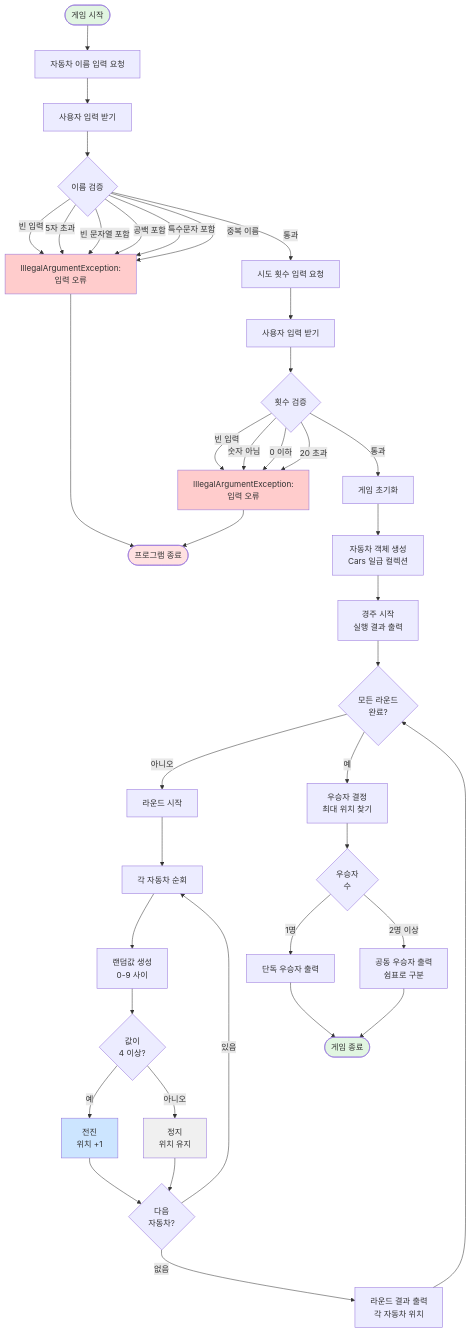
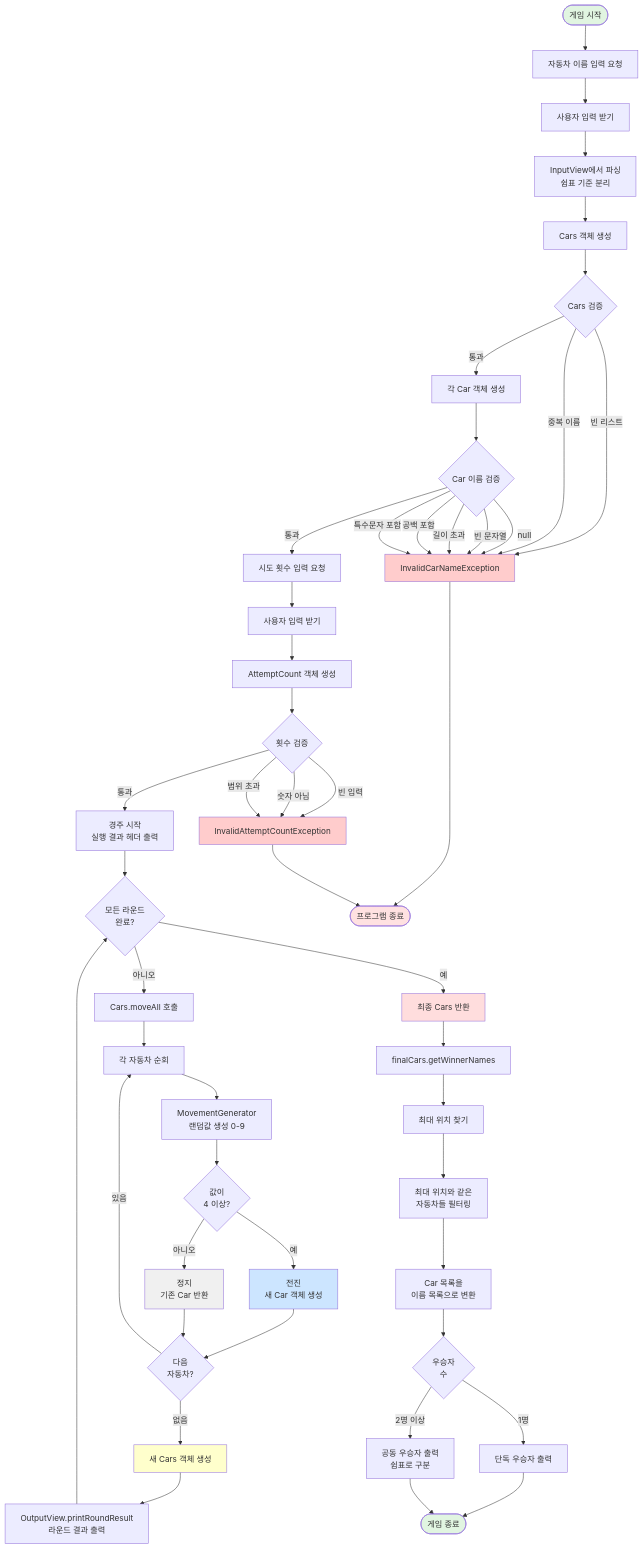
One commit to luminox93/java-racingcar-8 changed the first of 5 diagrams in README.md. Above: the diagram before and after it, drawn with Mermaid. The commit also changed other lines of this file, not shown here.

````diff
--- a/README.md
+++ b/README.md
@@ -128,63 +159,73 @@
 ```mermaid
 flowchart TD
     Start([게임 시작]) --> Input1[자동차 이름 입력 요청]
     Input1 --> GetNames[사용자 입력 받기]
-    GetNames --> ValidateNames{이름 검증}
+    GetNames --> Parse[InputView에서 파싱<br/>쉼표 기준 분리]
+    Parse --> CreateCars[Cars 객체 생성]
 
-    ValidateNames -->|빈 입력| Error1[IllegalArgumentException:<br/>입력 오류]
-    ValidateNames -->|5자 초과| Error1
-    ValidateNames -->|빈 문자열 포함| Error1
-    ValidateNames -->|공백 포함| Error1
-    ValidateNames -->|특수문자 포함| Error1
-    ValidateNames -->|중복 이름| Error1
-    ValidateNames -->|통과| Input2[시도 횟수 입력 요청]
+    CreateCars --> ValidateCars{Cars 검증}
+    ValidateCars -->|빈 리스트| Error1[InvalidCarNameException]
+    ValidateCars -->|중복 이름| Error1
+    ValidateCars -->|통과| CreateEachCar[각 Car 객체 생성]
+
+    CreateEachCar --> ValidateCar{Car 이름 검증}
+    ValidateCar -->|null| Error1
+    ValidateCar -->|빈 문자열| Error1
+    ValidateCar -->|길이 초과| Error1
+    ValidateCar -->|공백 포함| Error1
+    ValidateCar -->|특수문자 포함| Error1
+    ValidateCar -->|통과| Input2[시도 횟수 입력 요청]
 
     Input2 --> GetAttempts[사용자 입력 받기]
-    GetAttempts --> ValidateAttempts{횟수 검증}
+    GetAttempts --> CreateAttemptCount[AttemptCount 객체 생성]
 
-    ValidateAttempts -->|빈 입력| Error2[IllegalArgumentException:<br/>입력 오류]
+    CreateAttemptCount --> ValidateAttempts{횟수 검증}
+    ValidateAttempts -->|빈 입력| Error2[InvalidAttemptCountException]
     ValidateAttempts -->|숫자 아님| Error2
-    ValidateAttempts -->|0 이하| Error2
-    ValidateAttempts -->|20 초과| Error2
-    ValidateAttempts -->|통과| Init[게임 초기화]
-
-    Init --> CreateCars[자동차 객체 생성<br/>Cars 일급 컬렉션]
-    CreateCars --> RaceStart[경주 시작<br/>실행 결과 출력]
+    ValidateAttempts -->|범위 초과| Error2
+    ValidateAttempts -->|통과| RaceStart[경주 시작<br/>실행 결과 헤더 출력]
 
     RaceStart --> RoundCheck{모든 라운드<br/>완료?}
-    RoundCheck -->|아니오| RoundStart[라운드 시작]
+    RoundCheck -->|아니오| MoveAll[Cars.moveAll 호출]
 
-    RoundStart --> CarLoop[각 자동차 순회]
-    CarLoop --> GenerateRandom[랜덤값 생성<br/>0-9 사이]
+    MoveAll --> CarLoop[각 자동차 순회]
+    CarLoop --> GenerateRandom[MovementGenerator<br/>랜덤값 생성 0-9]
     GenerateRandom --> MoveCheck{값이<br/>4 이상?}
 
-    MoveCheck -->|예| MoveForward[전진<br/>위치 +1]
-    MoveCheck -->|아니오| Stay[정지<br/>위치 유지]
+    MoveCheck -->|예| MoveForward[전진<br/>새 Car 객체 생성]
+    MoveCheck -->|아니오| Stay[정지<br/>기존 Car 반환]
 
     MoveForward --> NextCar{다음<br/>자동차?}
     Stay --> NextCar
 
     NextCar -->|있음| CarLoop
-    NextCar -->|없음| PrintRound[라운드 결과 출력<br/>각 자동차 위치]
+    NextCar -->|없음| NewCars[새 Cars 객체 생성]
+    NewCars --> PrintRound[OutputView.printRoundResult<br/>라운드 결과 출력]
     PrintRound --> RoundCheck
 
-    RoundCheck -->|예| FindWinner[우승자 결정<br/>최대 위치 찾기]
-    FindWinner --> CheckWinners{우승자<br/>수}
+    RoundCheck -->|예| ReturnFinal[최종 Cars 반환]
+    ReturnFinal --> GetWinners[finalCars.getWinnerNames]
+    GetWinners --> FindMax[최대 위치 찾기]
+    FindMax --> Filter[최대 위치와 같은<br/>자동차들 필터링]
+    Filter --> MapNames[Car 목록을<br/>이름 목록으로 변환]
 
+    MapNames --> CheckWinners{우승자<br/>수}
     CheckWinners -->|1명| PrintSingle[단독 우승자 출력]
     CheckWinners -->|2명 이상| PrintMultiple[공동 우승자 출력<br/>쉼표로 구분]
 
     PrintSingle --> End([게임 종료])
     PrintMultiple --> End
 
     Error1 --> Terminate([프로그램 종료])
     Error2 --> Terminate
 
     style Start fill:#e1f5e1
     style End fill:#e1f5e1
     style Terminate fill:#ffe1e1
     style Error1 fill:#ffcccc
     style Error2 fill:#ffcccc
     style MoveForward fill:#cce5ff
     style Stay fill:#f0f0f0
+    style NewCars fill:#ffffcc
+    style ReturnFinal fill:#ffdddd
 ```
````
